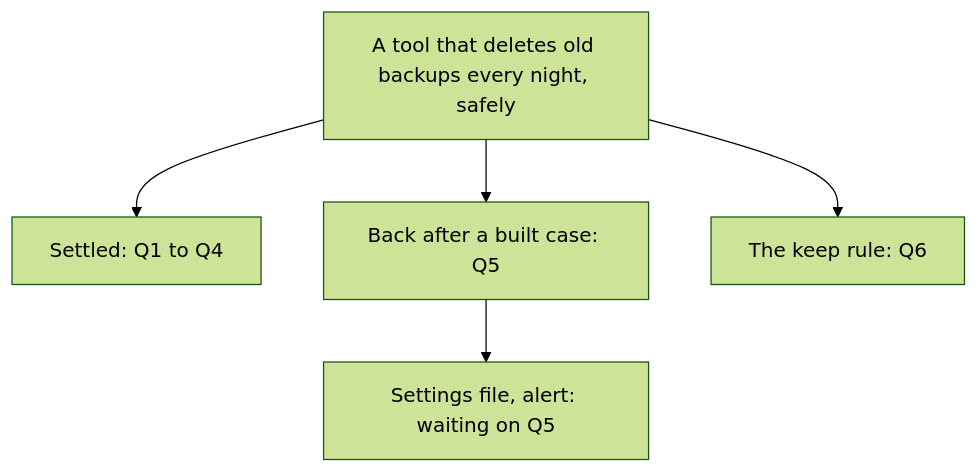
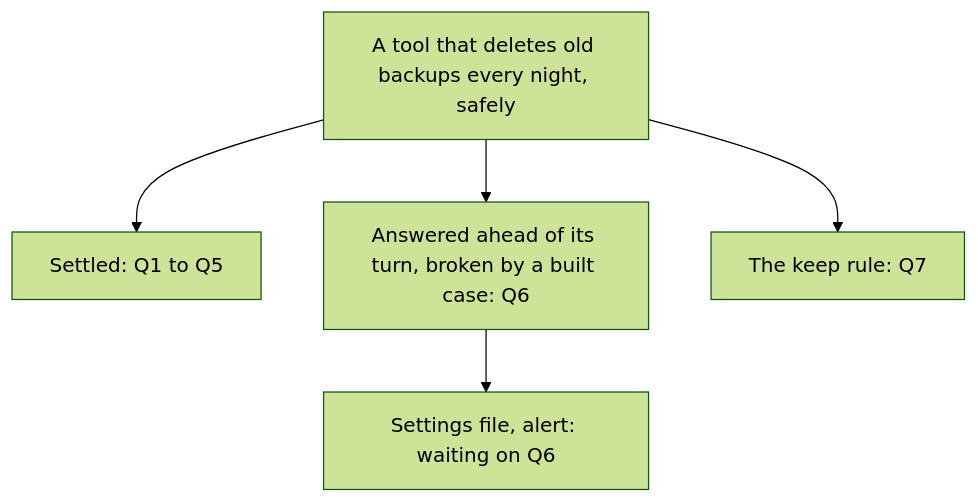
Before and after one commit to vdsmon/skills: the second of 3 diagrams in plugins/cc-crew/skills/grilling/round-sample.md, drawn with Mermaid (forest theme). The commit also changed other lines of this file and 3 other files, not shown here.

````diff
--- a/plugins/cc-crew/skills/grilling/round-sample.md
+++ b/plugins/cc-crew/skills/grilling/round-sample.md
@@ -65,8 +67,8 @@
 ```mermaid
 flowchart TD
   R[A tool that deletes old backups every night, safely]
-  R --> S[Settled: Q1 to Q4]
-  R --> A[Back after a built case: Q5]
-  R --> B[The keep rule: Q6]
-  A --> W[Settings file, alert: waiting on Q5]
+  R --> S[Settled: Q1 to Q5]
+  R --> A[Answered ahead of its turn, broken by a built case: Q6]
+  R --> B[The keep rule: Q7]
+  A --> W[Settings file, alert: waiting on Q6]
 ```
````
